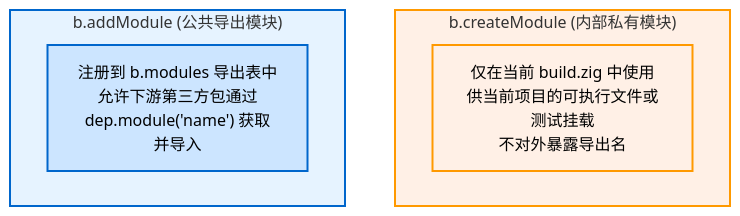
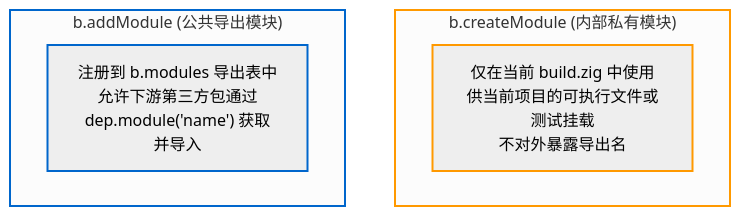
The diagram in zig-build/src/api/modules-api.md (jiacai2050/x), drawn with Mermaid (neutral theme) before and after one commit. The commit also changed 65 other files, not shown here.

````diff
--- a/zig-build/src/api/modules-api.md
+++ b/zig-build/src/api/modules-api.md
@@ -11,16 +11,16 @@
 ```mermaid
 graph TD
     subgraph S_Create ["b.createModule (内部私有模块)"]
         M_Priv["仅在当前 build.zig 中使用<br/>供当前项目的可执行文件或测试挂载<br/>不对外暴露导出名"]
     end
 
     subgraph S_Add ["b.addModule (公共导出模块)"]
         M_Pub["注册到 b.modules 导出表中<br/>允许下游第三方包通过<br/>dep.module('name') 获取并导入"]
     end
 
-    classDef default fill:#f8f9fa,stroke:#495057;
-    style S_Create fill:#fff0e6,stroke:#ff9900,stroke-width:2px;
-    style S_Add fill:#e6f3ff,stroke:#0066cc,stroke-width:2px;
-    style M_Priv fill:#fff0e6,stroke:#ff9900,stroke-width:2px;
-    style M_Pub fill:#cce5ff,stroke:#0066cc,stroke-width:2px;
+    classDef default stroke:#495057;
+    style S_Create stroke:#ff9900,stroke-width:2px;
+    style S_Add stroke:#0066cc,stroke-width:2px;
+    style M_Priv stroke:#ff9900,stroke-width:2px;
+    style M_Pub stroke:#0066cc,stroke-width:2px;
 ```
````
